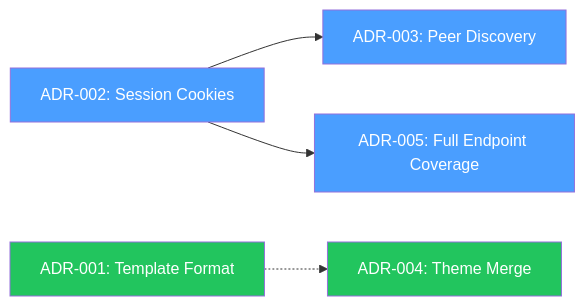
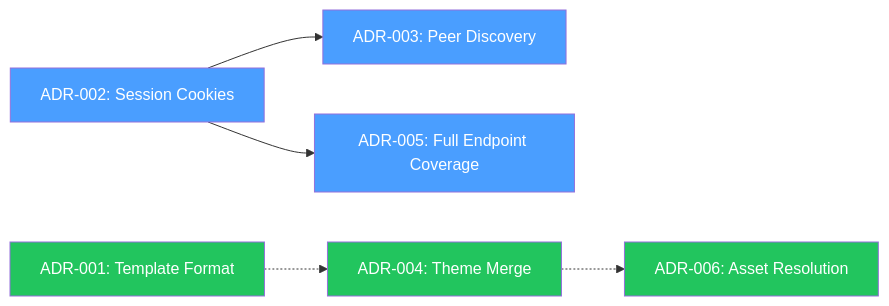
The diagram in docs/decisions/index.md (nogoo9/no-crd), drawn with Mermaid before and after one commit. The commit also changed other lines of this file and 14 other files, not shown here.

First line of the commit message:
docs: add npm social link, document docker registry, and fix packaged asset resolution

````diff
--- a/docs/decisions/index.md
+++ b/docs/decisions/index.md
@@ -30,11 +31,13 @@
 ```mermaid
 graph LR
     ADR002["ADR-002: Session Cookies"] --> ADR003["ADR-003: Peer Discovery"]
     ADR002 --> ADR005["ADR-005: Full Endpoint Coverage"]
     ADR001["ADR-001: Template Format"] -.-> ADR004["ADR-004: Theme Merge"]
+    ADR004 -.-> ADR006["ADR-006: Asset Resolution"]
     style ADR002 fill:#4a9eff,color:#fff
     style ADR003 fill:#4a9eff,color:#fff
     style ADR005 fill:#4a9eff,color:#fff
     style ADR001 fill:#22c55e,color:#fff
     style ADR004 fill:#22c55e,color:#fff
+    style ADR006 fill:#22c55e,color:#fff
 ```
````
